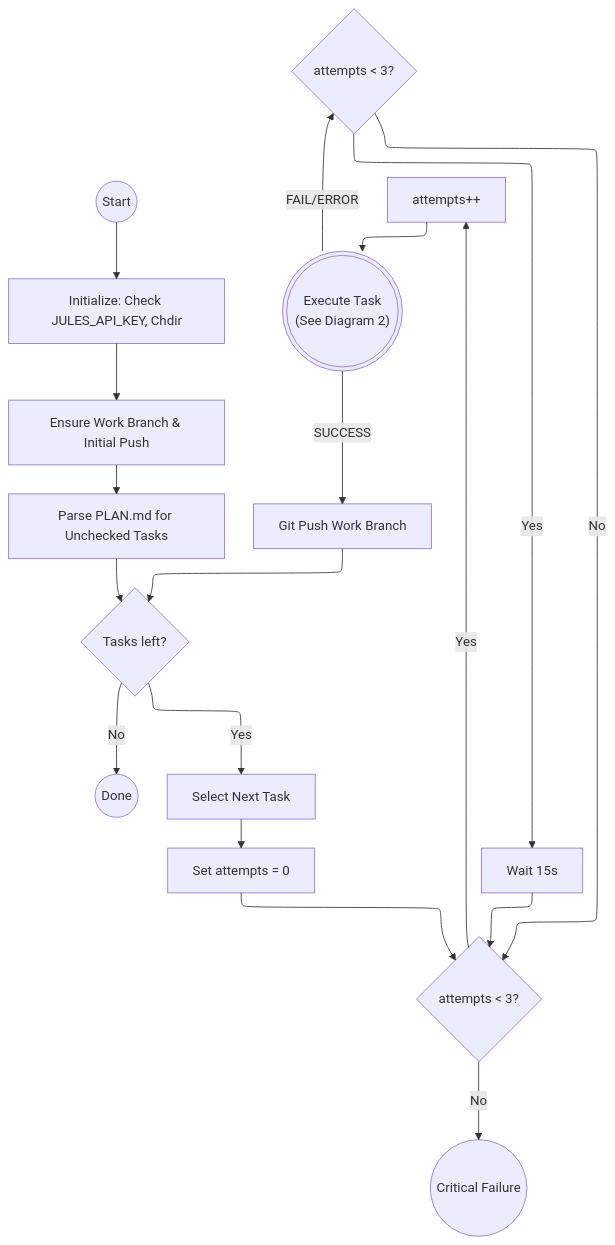
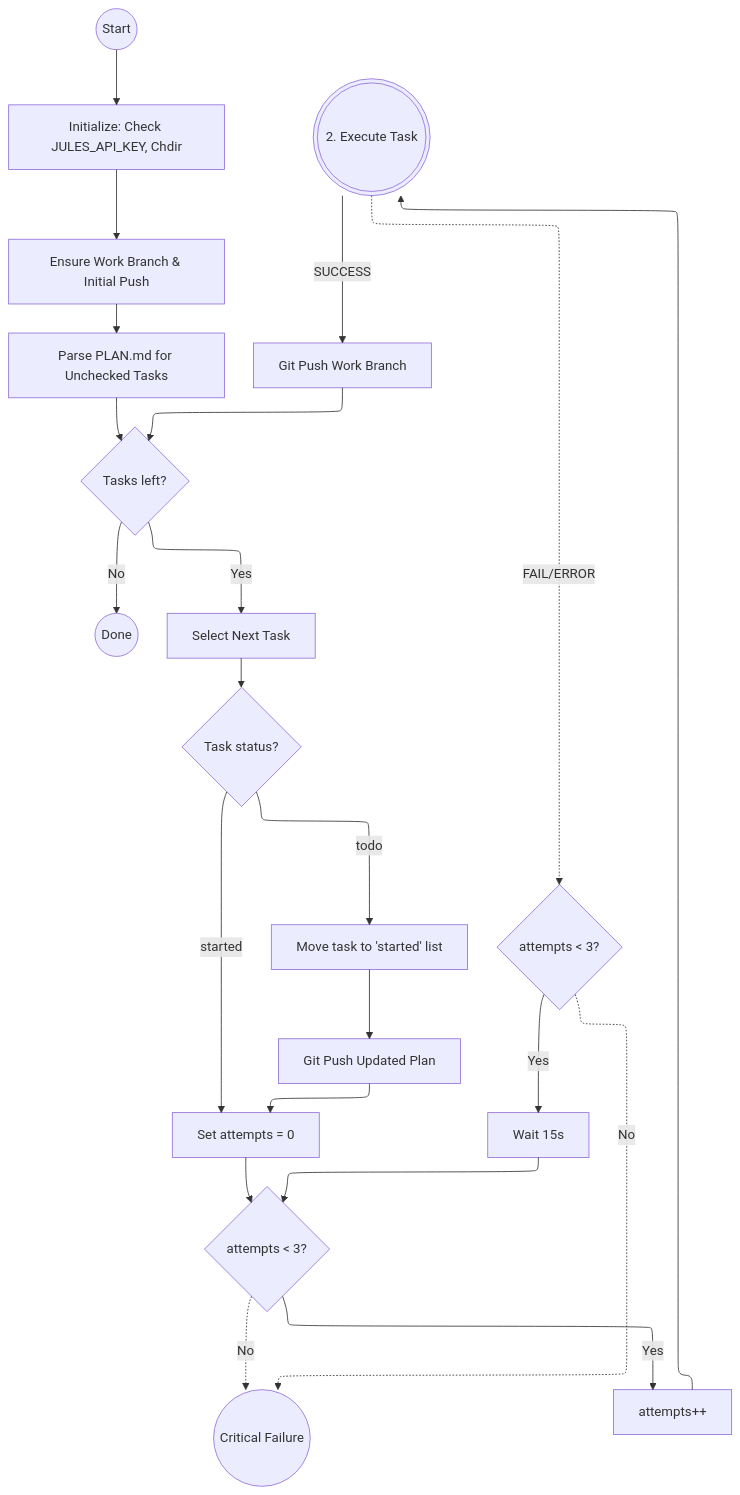
Before and after one commit to JonathanHarford/verne_durand: the first of 2 diagrams in README.md, drawn with Mermaid. The commit also changed other lines of this file and 2 other files, not shown here.

Commit message:
feat: enhance PR handling by updating workflow diagrams, implementing direct PR fetching, and adding a PR output inspection script.

````diff
--- a/README.md
+++ b/README.md
@@ -29,33 +29,39 @@
 ```mermaid
 ---
 config:
   layout: elk
 ---
 flowchart TD
     Start((Start)) --> Init[Initialize: Check JULES_API_KEY, Chdir]
     Init --> Ensure[Ensure Work Branch & Initial Push]
     Ensure --> ParsePlan[Parse PLAN.md for Unchecked Tasks]
     ParsePlan --> HasTasks{Tasks left?}
     
     HasTasks -- No --> Done((Done))
     
     HasTasks -- Yes --> GetNextTask[Select Next Task]
-    GetNextTask --> InitRetry[Set attempts = 0]
+    GetNextTask --> CheckStatus{Task status?}
+    
+    CheckStatus -- todo --> MoveToStarted[Move task to 'started' list]
+    MoveToStarted --> PushPlan[Git Push Updated Plan]
+    PushPlan --> InitRetry
+    
+    CheckStatus -- started --> InitRetry[Set attempts = 0]
     InitRetry --> RetryLoop{attempts < 3?}
     
-    RetryLoop -- No --> CritFail((Critical Failure))
+    RetryLoop -. No .-> CritFail((Critical Failure))
     
-    RetryLoop -- Yes --> IncAttempts[attempts++]
+    RetryLoop -->|Yes| IncAttempts[attempts++]
     
-    IncAttempts --> Execution((("Execute Task<br>(See Diagram 2)")))
+    IncAttempts --> Execution(((2. Execute Task)))
     
-    Execution -- SUCCESS --> Push[Git Push Work Branch]
+    Execution -->|SUCCESS| Push[Git Push Work Branch]
     Push --> HasTasks
     
-    Execution -- FAIL/ERROR --> CheckRetry{attempts < 3?}
+    Execution -. FAIL/ERROR .-> CheckRetry{attempts < 3?}
 
-    CheckRetry -- Yes --> RetryWait[Wait 15s]
+    CheckRetry -->|Yes| RetryWait[Wait 15s]
     RetryWait --> RetryLoop
 
-    CheckRetry -- No --> RetryLoop
+    CheckRetry -. No .-> CritFail
 ```
````
